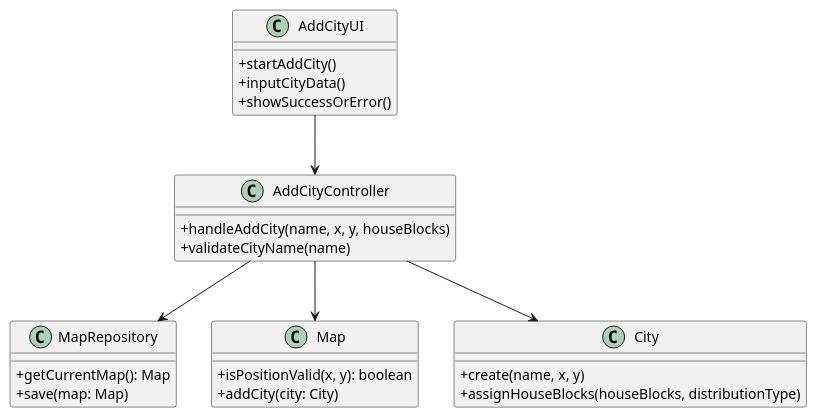
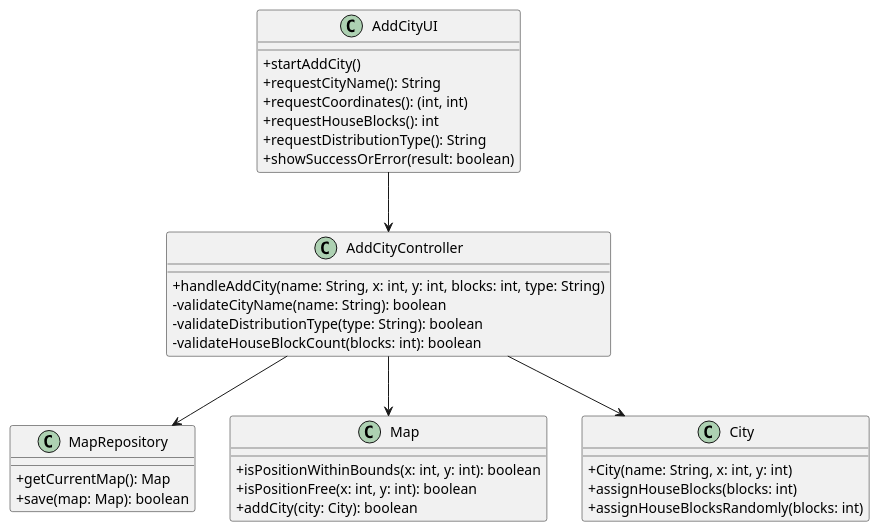
One commit to Andremonteiro1240850/railway_simulator changed the diagram in Sprint2/US03/03.design.us03/puml/US03-CD.puml. Above: the diagram before and after it, drawn with PlantUML. The commit also changed 19 other files, not shown here.

```diff
--- a/Sprint2/US03/03.design.us03/puml/US03-CD.puml
+++ b/Sprint2/US03/03.design.us03/puml/US03-CD.puml
@@ -1,44 +1,48 @@
 @startuml
- 'https://plantuml.com/class-diagram
+'https://plantuml.com/class-diagram
 
-'skinparam monochrome true
 skinparam packageStyle rectangle
 skinparam shadowing false
 skinparam linetype polyline
-'skinparam linetype orto
-
 skinparam classAttributeIconSize 0
 
-'left to right direction
 
 class AddCityUI {
   + startAddCity()
-  + inputCityData()
-  + showSuccessOrError()
+  + requestCityName(): String
+  + requestCoordinates(): (int, int)
+  + requestHouseBlocks(): int
+  + requestDistributionType(): String
+  + showSuccessOrError(result: boolean)
 }
 
 class AddCityController {
-  + handleAddCity(name, x, y, houseBlocks)
-  + validateCityName(name)
+  + handleAddCity(name: String, x: int, y: int, blocks: int, type: String)
+  - validateCityName(name: String): boolean
+  - validateDistributionType(type: String): boolean
+  - validateHouseBlockCount(blocks: int): boolean
 }
 
 class MapRepository {
   + getCurrentMap(): Map
-  + save(map: Map)
+  + save(map: Map): boolean
 }
 
 class Map {
-  + isPositionValid(x, y): boolean
-  + addCity(city: City)
+  + isPositionWithinBounds(x: int, y: int): boolean
+  + isPositionFree(x: int, y: int): boolean
+  + addCity(city: City): boolean
 }
 
 class City {
-  + create(name, x, y)
-  + assignHouseBlocks(houseBlocks, distributionType)
+  + City(name: String, x: int, y: int)
+  + assignHouseBlocks(blocks: int)
+  + assignHouseBlocksRandomly(blocks: int)
 }
 
 AddCityUI --> AddCityController
 AddCityController --> MapRepository
 AddCityController --> Map
 AddCityController --> City
+
 @enduml
```
